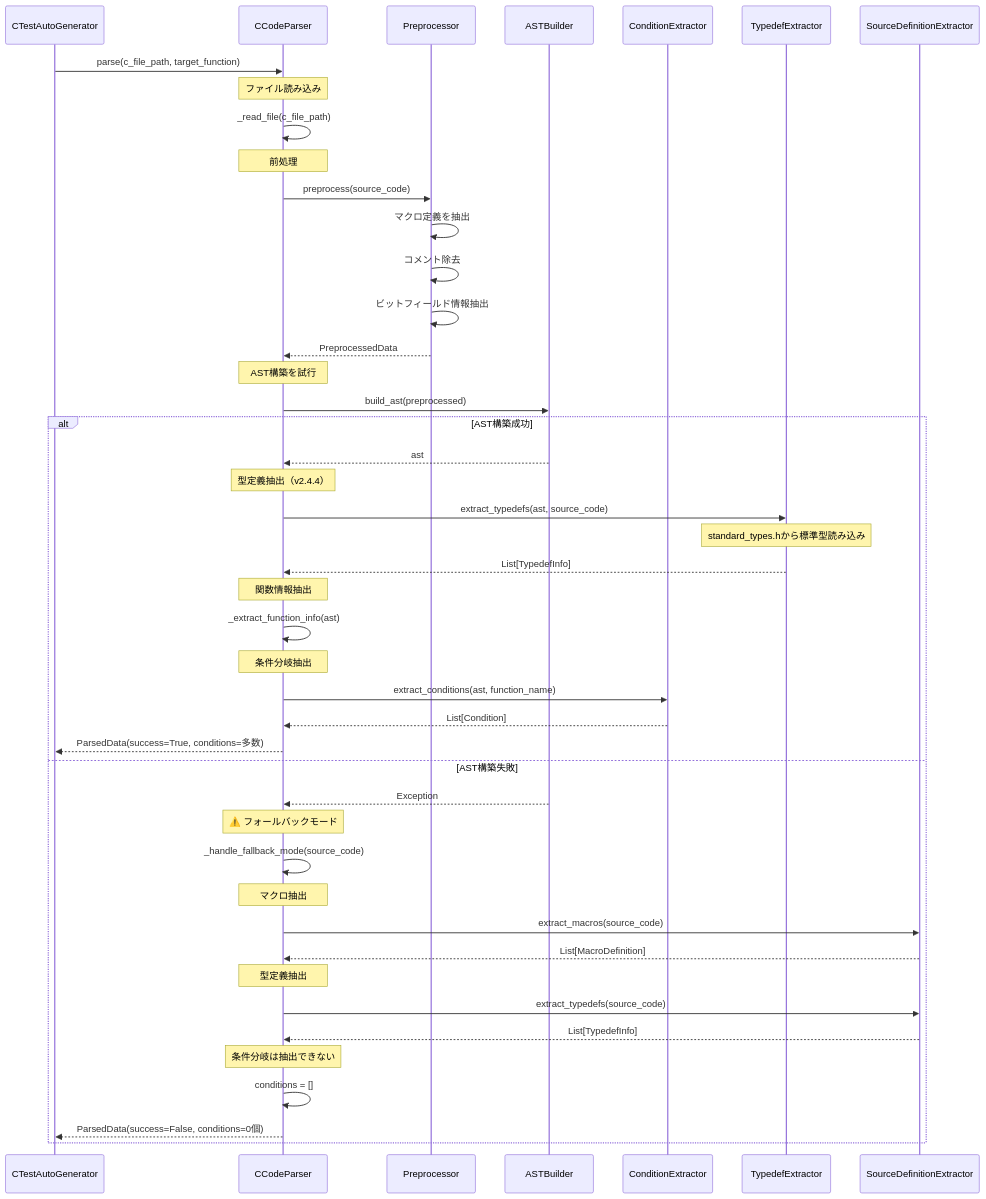
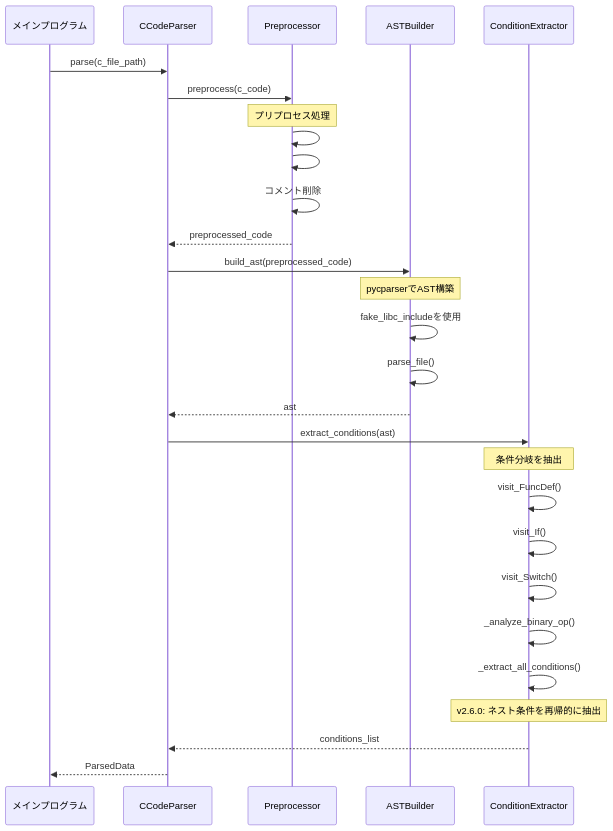
Before and after one commit to ryu5791/AutoUniTestGen: the second of 7 diagrams in doc/design_sequence_diagram.md, drawn with Mermaid. The commit also changed other lines of this file and 3 other files, not shown here.

````diff
--- a/doc/design_sequence_diagram.md
+++ b/doc/design_sequence_diagram.md
@@ -106,62 +72,35 @@
 ```mermaid
 sequenceDiagram
-    participant Main as CTestAutoGenerator
+    participant Main as メインプログラム
     participant Parser as CCodeParser
-    participant Preproc as Preprocessor
-    participant ASTBuilder
-    participant CondExt as ConditionExtractor
-    participant TypedefExt as TypedefExtractor
-    participant SourceExt as SourceDefinitionExtractor
+    participant Preprocessor as Preprocessor
+    participant ASTBuilder as ASTBuilder
+    participant CondExtractor as ConditionExtractor
 
-    Main->>Parser: parse(c_file_path, target_function)
+    Main->>Parser: parse(c_file_path)
+    Parser->>Preprocessor: preprocess(c_code)
     
-    Note over Parser: ファイル読み込み
-    Parser->>Parser: _read_file(c_file_path)
+    Note over Preprocessor: プリプロセス処理
+    Preprocessor->>Preprocessor: #includeの展開（制限付き）
+    Preprocessor->>Preprocessor: #defineの処理
+    Preprocessor->>Preprocessor: コメント削除
+    Preprocessor-->>Parser: preprocessed_code
     
-    Note over Parser: 前処理
-    Parser->>Preproc: preprocess(source_code)
-    Preproc->>Preproc: マクロ定義を抽出
-    Preproc->>Preproc: コメント除去
-    Preproc->>Preproc: ビットフィールド情報抽出
-    Preproc-->>Parser: PreprocessedData
+    Parser->>ASTBuilder: build_ast(preprocessed_code)
+    Note over ASTBuilder: pycparserでAST構築
+    ASTBuilder->>ASTBuilder: fake_libc_includeを使用
+    ASTBuilder->>ASTBuilder: parse_file()
+    ASTBuilder-->>Parser: ast
     
-    Note over Parser: AST構築を試行
-    Parser->>ASTBuilder: build_ast(preprocessed)
+    Parser->>CondExtractor: extract_conditions(ast)
+    Note over CondExtractor: 条件分岐を抽出
+    CondExtractor->>CondExtractor: visit_FuncDef()
+    CondExtractor->>CondExtractor: visit_If()
+    CondExtractor->>CondExtractor: visit_Switch()
+    CondExtractor->>CondExtractor: _analyze_binary_op()
+    CondExtractor->>CondExtractor: _extract_all_conditions()
+    Note over CondExtractor: v2.6.0: ネスト条件を再帰的に抽出
+    CondExtractor-->>Parser: conditions_list
     
-    alt AST構築成功
-        ASTBuilder-->>Parser: ast
-        
-        Note over Parser: 型定義抽出（v2.4.4）
-        Parser->>TypedefExt: extract_typedefs(ast, source_code)
-        Note over TypedefExt: standard_types.hから標準型読み込み
-        TypedefExt-->>Parser: List[TypedefInfo]
-        
-        Note over Parser: 関数情報抽出
-        Parser->>Parser: _extract_function_info(ast)
-        
-        Note over Parser: 条件分岐抽出
-        Parser->>CondExt: extract_conditions(ast, function_name)
-        CondExt-->>Parser: List[Condition]
-        
-        Parser-->>Main: ParsedData(success=True, conditions=多数)
-        
-    else AST構築失敗
-        ASTBuilder-->>Parser: Exception
-        
-        Note over Parser: ⚠️ フォールバックモード
-        Parser->>Parser: _handle_fallback_mode(source_code)
-        
-        Note over Parser: マクロ抽出
-        Parser->>SourceExt: extract_macros(source_code)
-        SourceExt-->>Parser: List[MacroDefinition]
-        
-        Note over Parser: 型定義抽出
-        Parser->>SourceExt: extract_typedefs(source_code)
-        SourceExt-->>Parser: List[TypedefInfo]
-        
-        Note over Parser: 条件分岐は抽出できない
-        Parser->>Parser: conditions = []
-        
-        Parser-->>Main: ParsedData(success=False, conditions=0個)
-    end
+    Parser-->>Main: ParsedData
 ```
````
